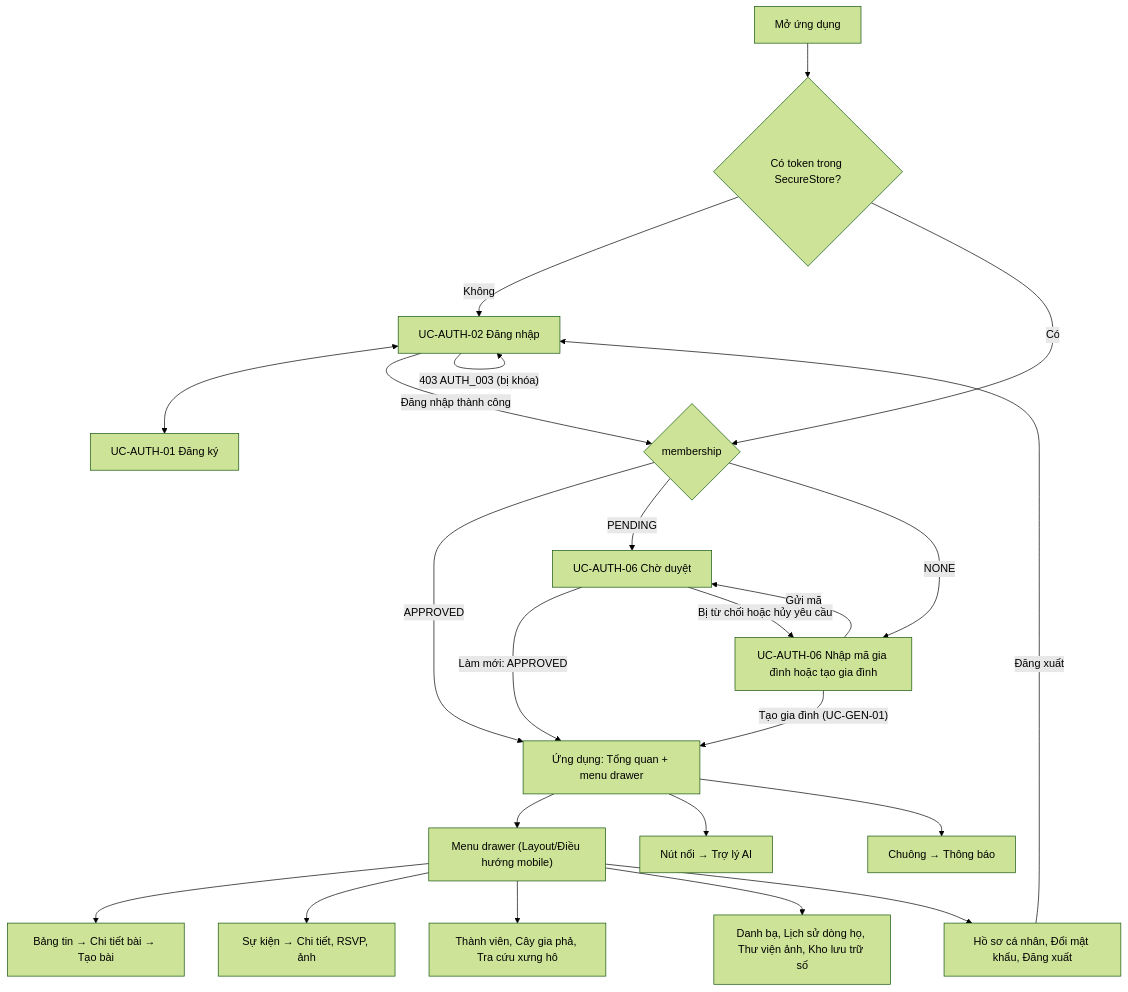
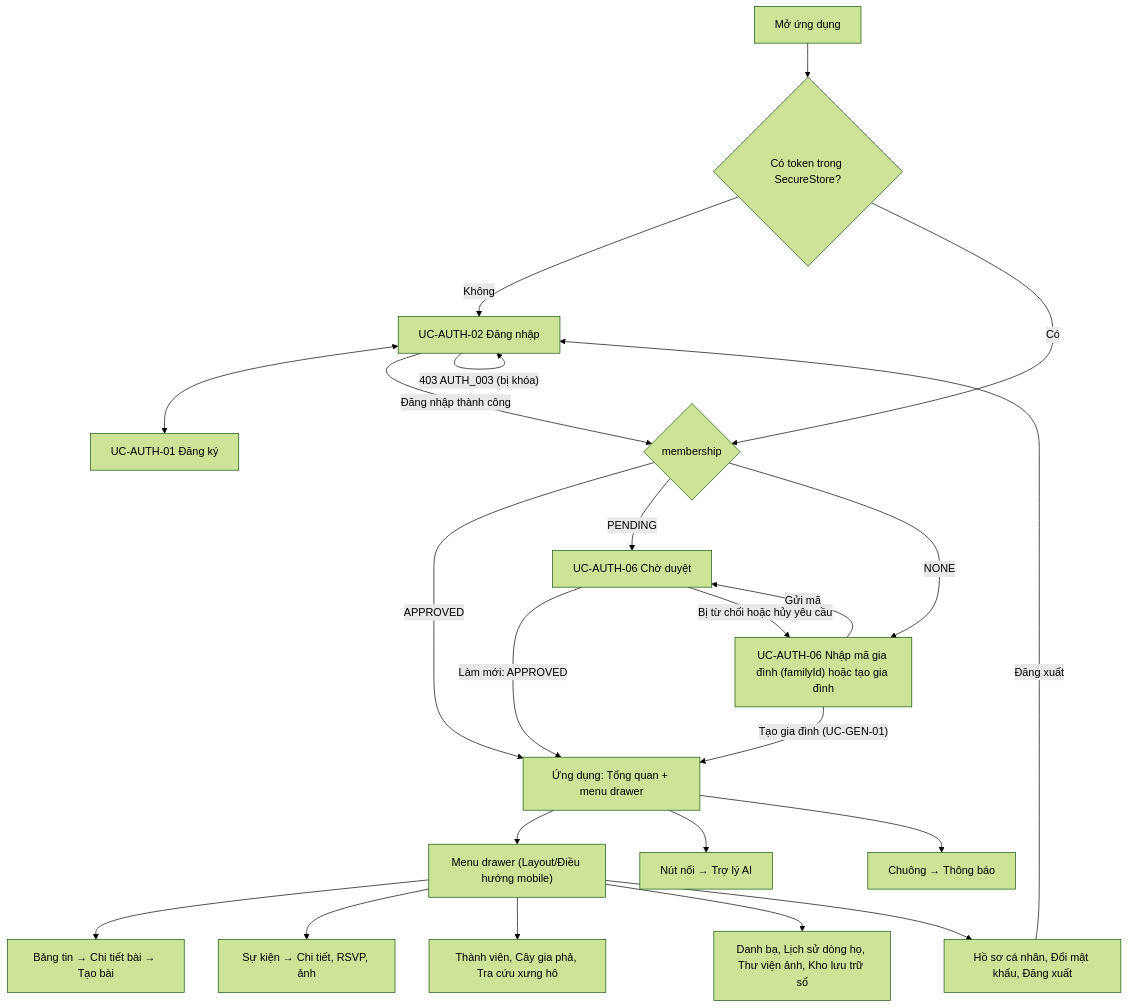
One commit to ngthanhtuann/ai-powered-digital-family-community-platform changed the diagram in docs/02-design/mobile.md. Above: the diagram before and after it, drawn with Mermaid (forest theme). The commit also changed other lines of this file and 40 other files, not shown here.

````diff
--- a/docs/02-design/mobile.md
+++ b/docs/02-design/mobile.md
@@ -37,26 +37,26 @@
 ```mermaid
 flowchart TD
     A["Mở ứng dụng"] --> B{"Có token trong SecureStore?"}
     B -- "Không" --> L["UC-AUTH-02 Đăng nhập"]
     L <--> R["UC-AUTH-01 Đăng ký"]
     L -- "403 AUTH_003 (bị khóa)" --> L
     B -- "Có" --> M{"membership"}
     L -- "Đăng nhập thành công" --> M
     M -- "APPROVED" --> APP["Ứng dụng: Tổng quan + menu drawer"]
     M -- "PENDING" --> P["UC-AUTH-06 Chờ duyệt"]
-    M -- "NONE" --> J["UC-AUTH-06 Nhập mã gia đình hoặc tạo gia đình"]
+    M -- "NONE" --> J["UC-AUTH-06 Nhập mã gia đình (familyId) hoặc tạo gia đình"]
     J -- "Gửi mã" --> P
     J -- "Tạo gia đình (UC-GEN-01)" --> APP
     P -- "Làm mới: APPROVED" --> APP
     P -- "Bị từ chối hoặc hủy yêu cầu" --> J
 
     APP --> D["Menu drawer (Layout/Điều hướng mobile)"]
     D --> S1["Bảng tin → Chi tiết bài → Tạo bài"]
     D --> S2["Sự kiện → Chi tiết, RSVP, ảnh"]
     D --> S3["Thành viên, Cây gia phả, Tra cứu xưng hô"]
     D --> S4["Danh bạ, Lịch sử dòng họ, Thư viện ảnh, Kho lưu trữ số"]
     D --> S5["Hồ sơ cá nhân, Đổi mật khẩu, Đăng xuất"]
     APP --> AI["Nút nổi → Trợ lý AI"]
     APP --> N["Chuông → Thông báo"]
     S5 -- "Đăng xuất" --> L
 ```
````
